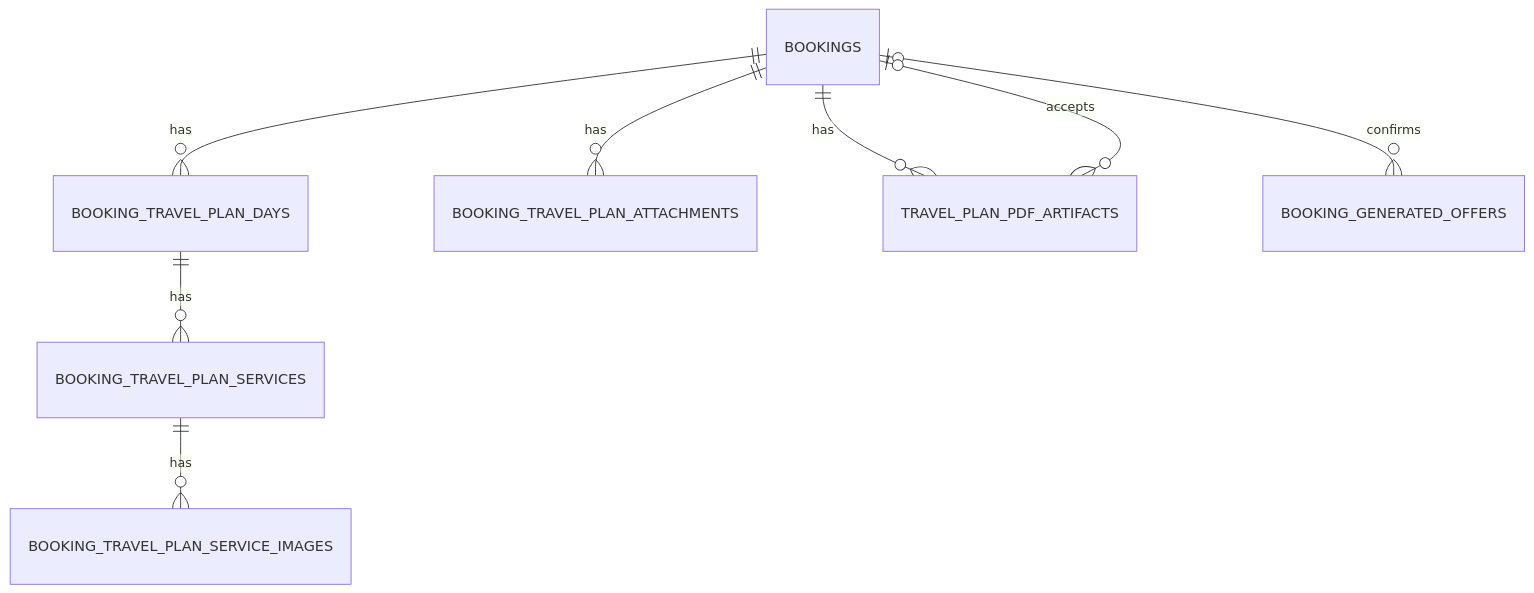
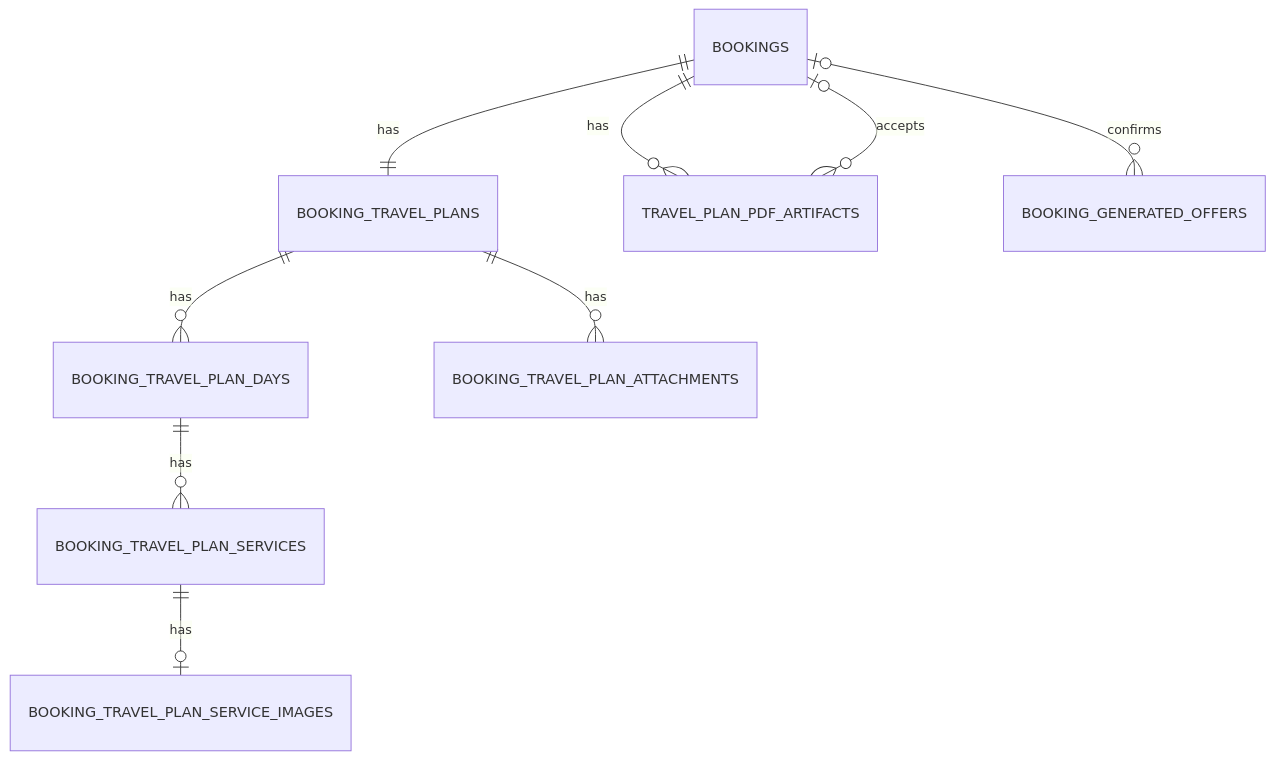
Before and after one commit to joachimneumann/travelagency: the third of 4 diagrams in documentation/concept/json_to_database.md, drawn with Mermaid. The commit also changed other lines of this file and 33 other files, not shown here.

````diff
--- a/documentation/concept/json_to_database.md
+++ b/documentation/concept/json_to_database.md
@@ -719,10 +775,11 @@
 ```mermaid
 erDiagram
-    BOOKINGS ||--o{ BOOKING_TRAVEL_PLAN_DAYS : has
+    BOOKINGS ||--|| BOOKING_TRAVEL_PLANS : has
+    BOOKING_TRAVEL_PLANS ||--o{ BOOKING_TRAVEL_PLAN_DAYS : has
     BOOKING_TRAVEL_PLAN_DAYS ||--o{ BOOKING_TRAVEL_PLAN_SERVICES : has
-    BOOKING_TRAVEL_PLAN_SERVICES ||--o{ BOOKING_TRAVEL_PLAN_SERVICE_IMAGES : has
-    BOOKINGS ||--o{ BOOKING_TRAVEL_PLAN_ATTACHMENTS : has
+    BOOKING_TRAVEL_PLAN_SERVICES ||--o| BOOKING_TRAVEL_PLAN_SERVICE_IMAGES : has
+    BOOKING_TRAVEL_PLANS ||--o{ BOOKING_TRAVEL_PLAN_ATTACHMENTS : has
     BOOKINGS ||--o{ TRAVEL_PLAN_PDF_ARTIFACTS : has
     BOOKINGS o|--o{ BOOKING_GENERATED_OFFERS : confirms
     BOOKINGS o|--o{ TRAVEL_PLAN_PDF_ARTIFACTS : accepts
 ```
````
